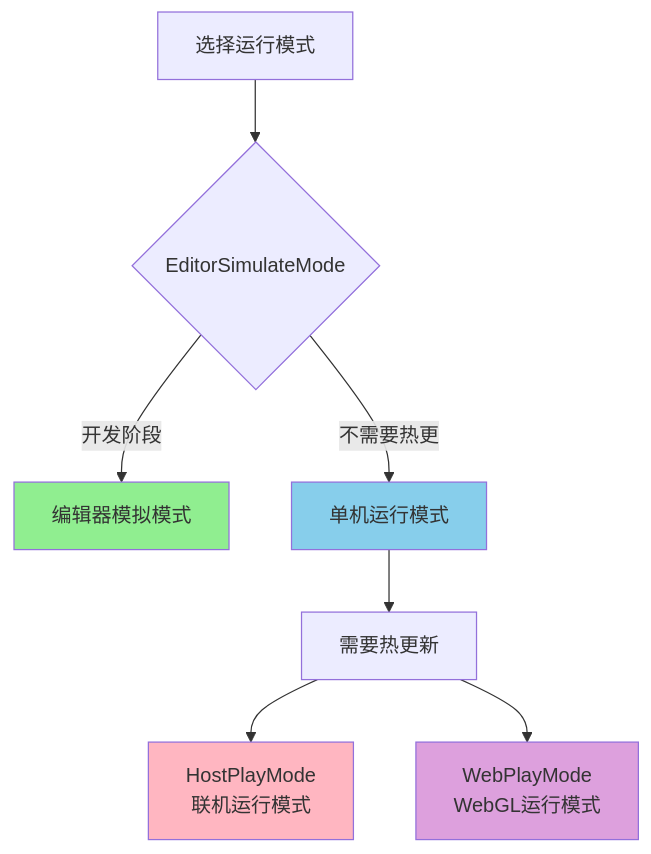
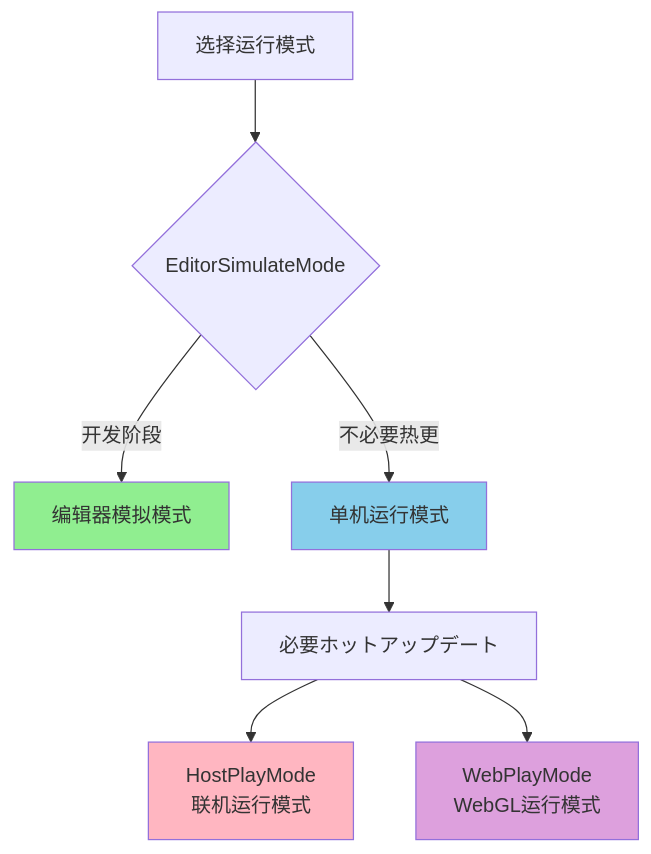
Before and after one commit to AlianBlank/GameFrameX.Docs: the third of 4 diagrams in docs/ja/client/unity/component/asset/10.asset-manager.md, drawn with Mermaid. The commit also changed other lines of this file and 603 other files, not shown here.

````diff
--- a/docs/ja/client/unity/component/asset/10.asset-manager.md
+++ b/docs/ja/client/unity/component/asset/10.asset-manager.md
@@ -229,14 +229,14 @@
 ```mermaid
 flowchart TD
     Start[选择运行模式] --> Mode1{EditorSimulateMode}
     Mode1 -->|开发阶段| A[编辑器模拟模式]
-    Mode1 -->|不需要热更| B[单机运行模式]
-    B --> C[需要热更新]
+    Mode1 -->|不必要热更| B[单机运行模式]
+    B --> C[必要ホットアップデート]
     C --> D[HostPlayMode<br/>联机运行模式]
     C --> E[WebPlayMode<br/>WebGL运行模式]
     
     style A fill:#90EE90
     style B fill:#87CEEB
     style D fill:#FFB6C1
     style E fill:#DDA0DD
 ```
````
